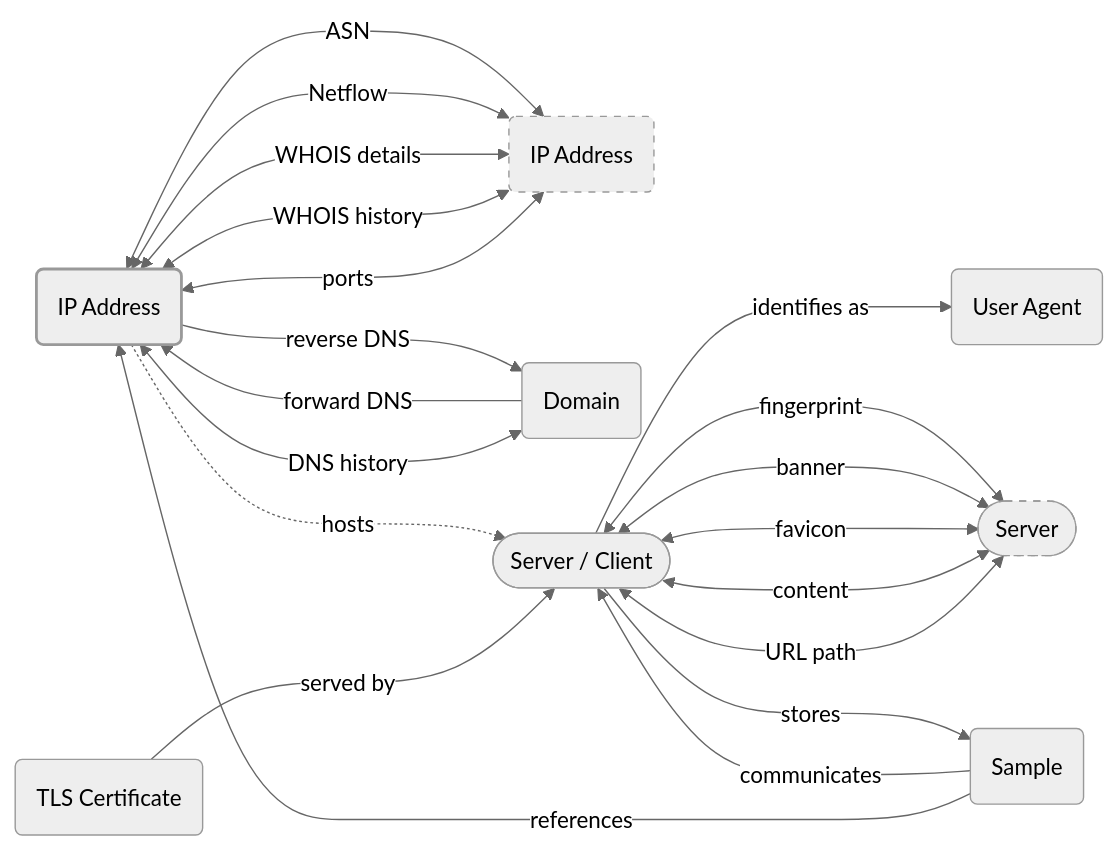
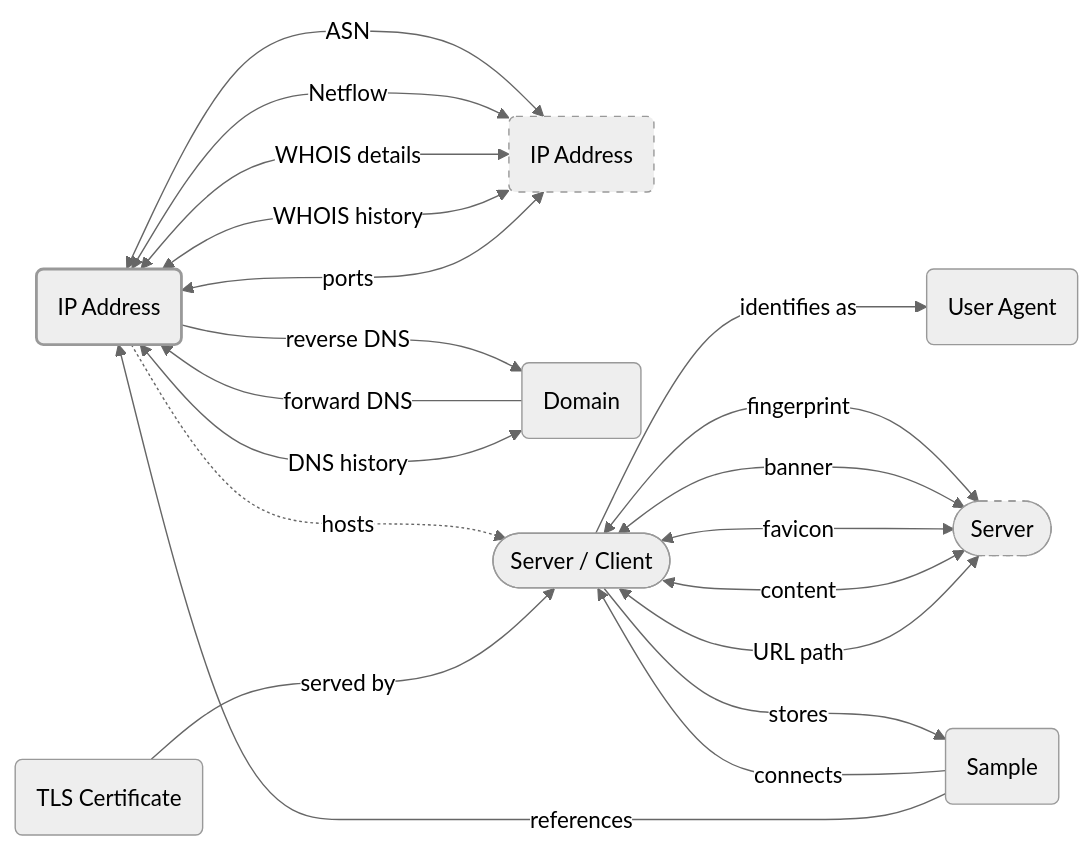
The diagram in docs/artifacts/ip-address.md (korniko98/pivot-atlas), drawn with Mermaid (neutral theme) before and after one commit. The commit also changed other lines of this file and 14 other files, not shown here.

````diff
--- a/docs/artifacts/ip-address.md
+++ b/docs/artifacts/ip-address.md
@@ -29,44 +33,44 @@
 	```mermaid
 	flowchart LR
 		classDef primary stroke-width: 2px
 		classDef secondary stroke-dasharray: 5 5
 		
 		%% define nodes
 		IP_ADDRESS(IP Address):::primary
 		IP_ADDRESS_(IP Address):::secondary
 		DOMAIN(Domain)
 		SERVER([Server / Client])
 		SERVER_([Server]):::secondary
 		SAMPLE(Sample)
 		USER_AGENT(User Agent)
 		TLS_CERT(TLS Certificate)
 		
 		%% define edges
 		SERVER -- identifies as ---> USER_AGENT
 		IP_ADDRESS <-- ASN --> IP_ADDRESS_
 		IP_ADDRESS <-- Netflow --> IP_ADDRESS_
 		IP_ADDRESS <-- WHOIS details ---> IP_ADDRESS_
 		IP_ADDRESS <-- WHOIS history ---> IP_ADDRESS_
 		IP_ADDRESS <-- ports --> IP_ADDRESS_
 		IP_ADDRESS -. hosts ..-> SERVER
 		TLS_CERT -- served by ---> SERVER
 		SERVER <-- fingerprint ---> SERVER_
 		SERVER <-- banner ---> SERVER_
 		SERVER <-- favicon ---> SERVER_
 		SERVER <-- content ---> SERVER_
 		SERVER <-- URL path ---> SERVER_
 		SERVER -- stores ---> SAMPLE
-		SAMPLE -- communicates --> SERVER
+		SAMPLE -- connects --> SERVER
 		SAMPLE -- references --> IP_ADDRESS
 		DOMAIN -- forward DNS --> IP_ADDRESS
 		DOMAIN <-- DNS history --> IP_ADDRESS
 		IP_ADDRESS -- reverse DNS ---> DOMAIN
 		
 		%% define links
 		click IP_ADDRESS_ "#ip-addresses"
 		click DOMAIN "#domains"
 		click SERVER "#servers"
 		click SAMPLE "#samples"
 		click USER_AGENT "#user-agents"
 		click TLS_CERT "#tls-certificates"
 	```
````
